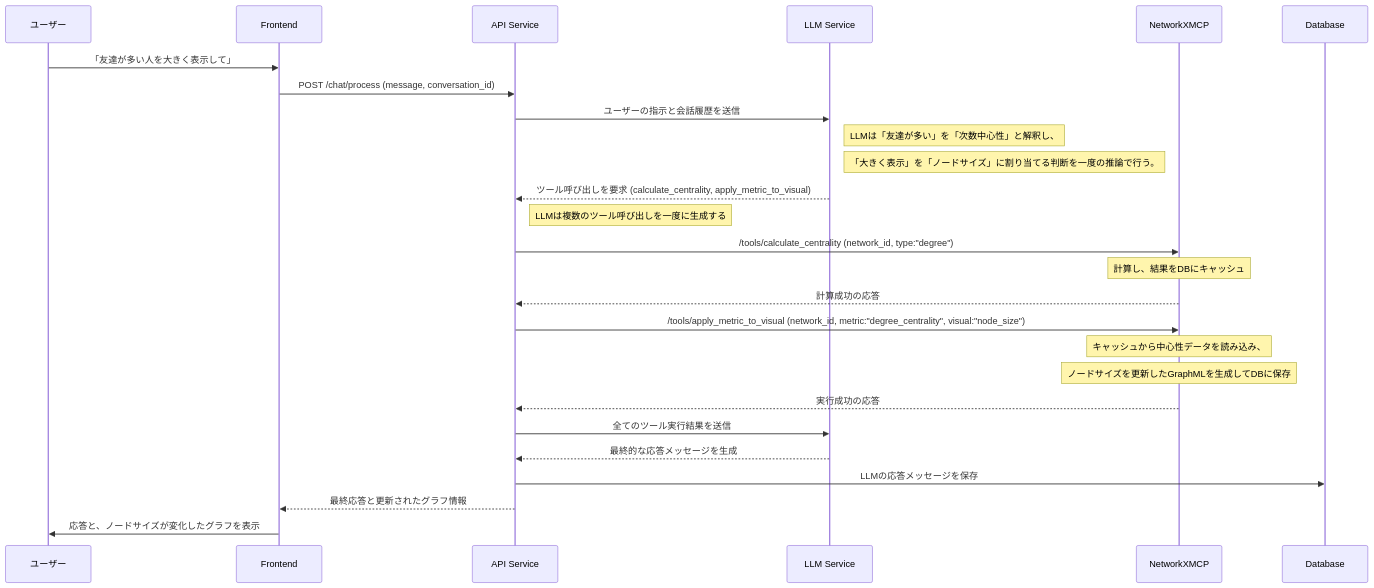
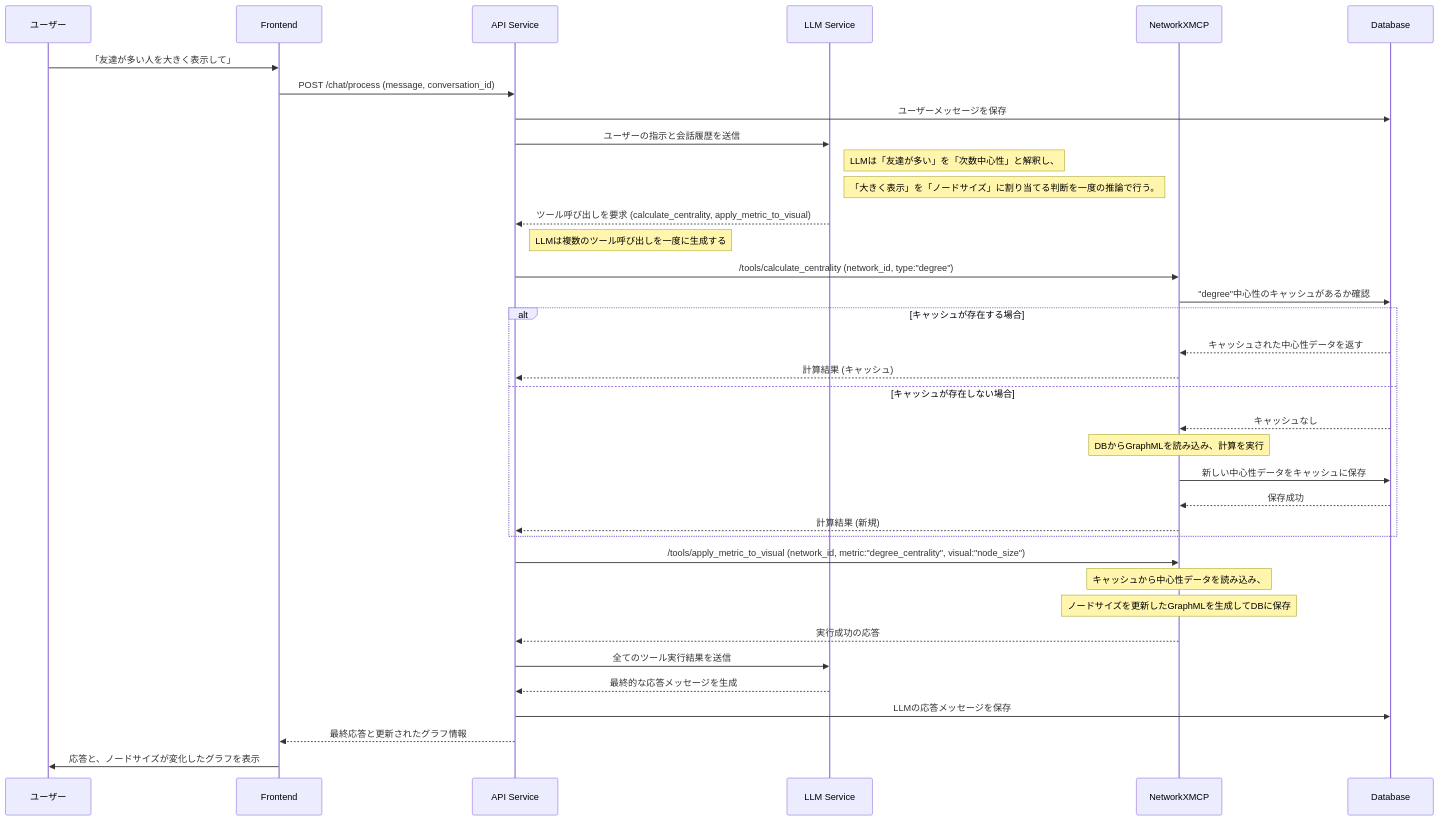
The second of 2 diagrams in specification/3_Interactions.md (vdslab/LLMGraphvis), drawn with Mermaid before and after one commit. The commit also changed other lines of this file, not shown here.

Commit message:
feat: Update LLM multiple tool invocation flow description for clarity and detail

````diff
--- a/specification/3_Interactions.md
+++ b/specification/3_Interactions.md
@@ -86,34 +52,133 @@
 ```mermaid
+
+
 sequenceDiagram
+
+
     participant U as ユーザー
+
+
     participant F as Frontend
+
+
     participant B as API Service
+
+
     participant LLM as LLM Service
+
+
     participant N as NetworkXMCP
+
+
     participant DB as Database
 
+
+
+
+
     U->>F: 「友達が多い人を大きく表示して」
+
+
     F->>B: POST /chat/process (message, conversation_id)
 
+
+    B->>DB: ユーザーメッセージを保存
+
+
+
+
+
     B->>LLM: ユーザーの指示と会話履歴を送信
+
+
     note right of LLM: LLMは「友達が多い」を「次数中心性」と解釈し、
+
+
     note right of LLM: 「大きく表示」を「ノードサイズ」に割り当てる判断を一度の推論で行う。
+
+
     LLM-->>B: ツール呼び出しを要求 (calculate_centrality, apply_metric_to_visual)
+
+
     note right of B: LLMは複数のツール呼び出しを一度に生成する
 
+
+
+
+
     B->>N: /tools/calculate_centrality (network_id, type:"degree")
-    note over N: 計算し、結果をDBにキャッシュ
-    N-->>B: 計算成功の応答
+
+
+    N->>DB: "degree"中心性のキャッシュがあるか確認
+
+
+
+
+
+    alt キャッシュが存在する場合
+
+
+        DB-->>N: キャッシュされた中心性データを返す
+
+
+        N-->>B: 計算結果 (キャッシュ)
+
+
+    else キャッシュが存在しない場合
+
+
+        DB-->>N: キャッシュなし
+
+
+        note over N: DBからGraphMLを読み込み、計算を実行
+
+
+        N->>DB: 新しい中心性データをキャッシュに保存
+
+
+        DB-->>N: 保存成功
+
+
+        N-->>B: 計算結果 (新規)
+
+
+    end
+
+
+
+
 
     B->>N: /tools/apply_metric_to_visual (network_id, metric:"degree_centrality", visual:"node_size")
+
+
     note over N: キャッシュから中心性データを読み込み、
+
+
     note over N: ノードサイズを更新したGraphMLを生成してDBに保存
+
+
     N-->>B: 実行成功の応答
 
+
+
+
+
     B->>LLM: 全てのツール実行結果を送信
+
+
     LLM-->>B: 最終的な応答メッセージを生成
 
+
     B->>DB: LLMの応答メッセージを保存
+
+
+
+
+
     B-->>F: 最終応答と更新されたグラフ情報
+
+
     F->>U: 応答と、ノードサイズが変化したグラフを表示
+
+
 ```
````
